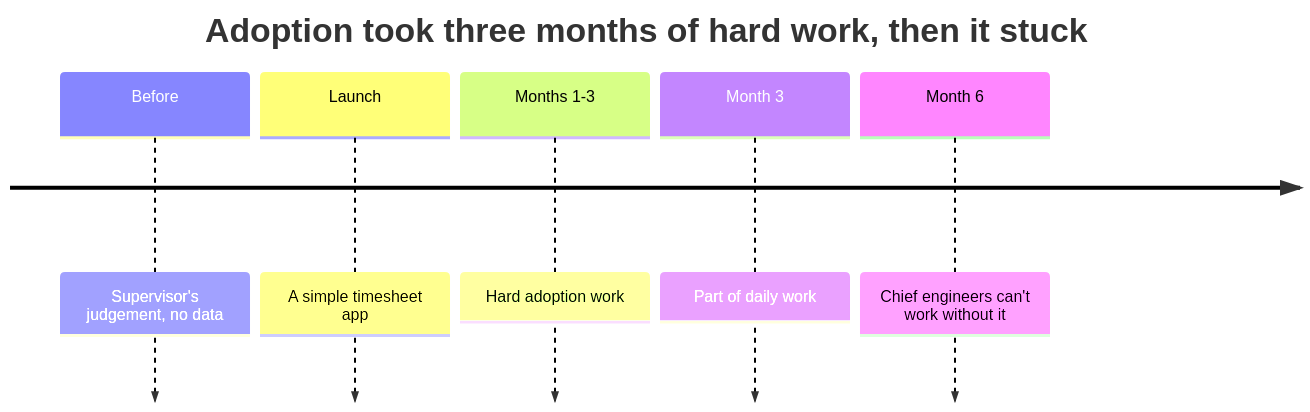
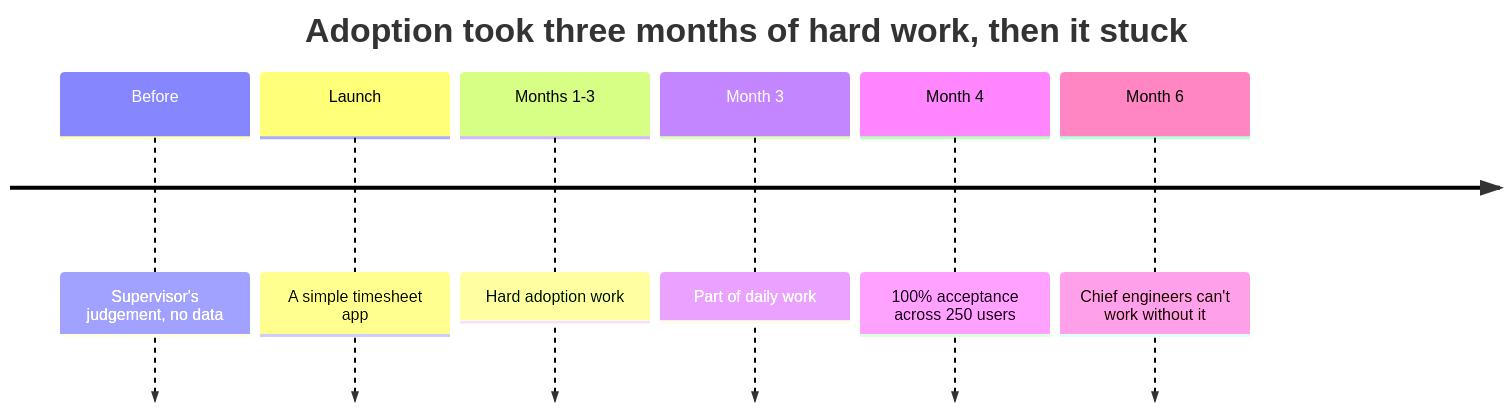
One commit to justinthe/geo-dt-site changed the ninth of 20 diagrams in content/content.md. Above: the diagram before and after it, drawn with Mermaid. The commit also changed other lines of this file, not shown here.

````diff
--- a/content/content.md
+++ b/content/content.md
@@ -1109,9 +1259,10 @@
 ```mermaid
 timeline
   title Adoption took three months of hard work, then it stuck
   Before : Supervisor's judgement, no data
   Launch : A simple timesheet app
   Months 1-3 : Hard adoption work
   Month 3 : Part of daily work
+  Month 4 : 100% acceptance across 250 users
   Month 6 : Chief engineers can't work without it
 ```
````
